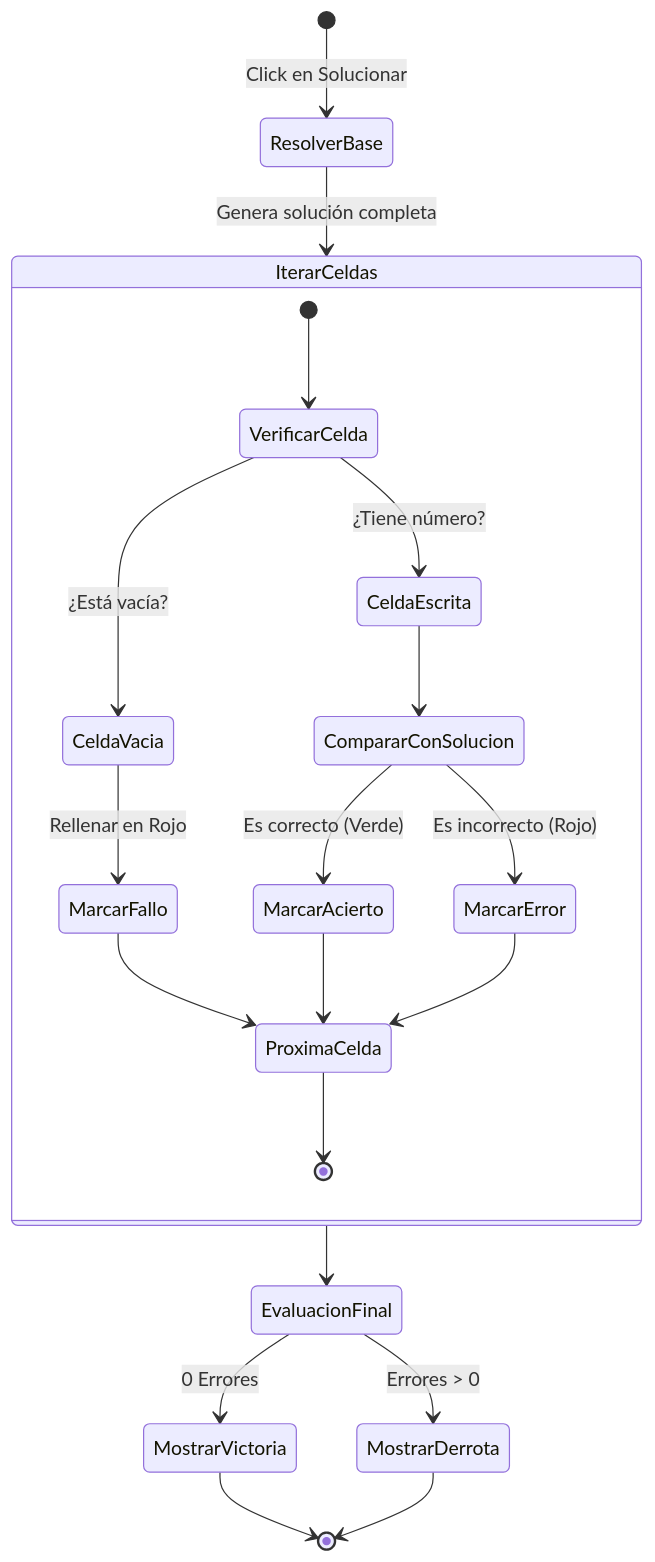
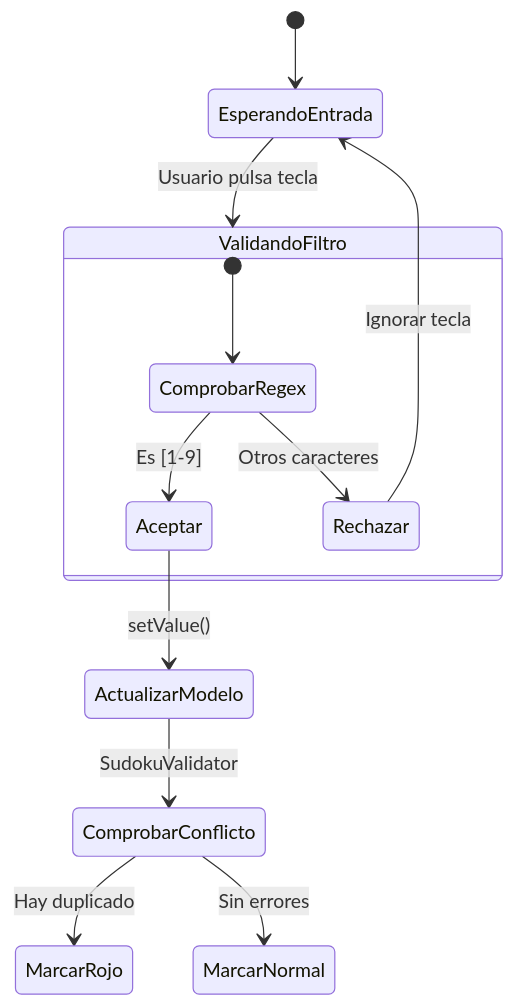
One commit to LastraMigue/Videogame-SUDOKU changed the sixth of 6 diagrams in docs/DESIGN.md. Above: the diagram before and after it, drawn with Mermaid. The commit also changed other lines of this file, not shown here.

Commit message:
docs: comprehensive architectural overhaul of DESIGN.md with 6 diagrams

````diff
--- a/docs/DESIGN.md
+++ b/docs/DESIGN.md
@@ -110,28 +148,17 @@
 ```mermaid
 stateDiagram-v2
-    [*] --> ResolverBase: Click en Solucionar
-    ResolverBase --> IterarCeldas: Genera solución completa
+    [*] --> EsperandoEntrada
+    EsperandoEntrada --> ValidandoFiltro: Usuario pulsa tecla
     
-    state IterarCeldas {
-        [*] --> VerificarCelda
-        VerificarCelda --> CeldaVacia: ¿Está vacía?
-        VerificarCelda --> CeldaEscrita: ¿Tiene número?
-        
-        CeldaVacia --> MarcarFallo: Rellenar en Rojo
-        CeldaEscrita --> CompararConSolucion
-        
-        CompararConSolucion --> MarcarAcierto: Es correcto (Verde)
-        CompararConSolucion --> MarcarError: Es incorrecto (Rojo)
-        
-        MarcarFallo --> ProximaCelda
-        MarcarAcierto --> ProximaCelda
-        MarcarError --> ProximaCelda
-        ProximaCelda --> [*]
+    state ValidandoFiltro {
+        [*] --> ComprobarRegex
+        ComprobarRegex --> Aceptar: Es [1-9]
+        ComprobarRegex --> Rechazar: Otros caracteres
     }
     
-    IterarCeldas --> EvaluacionFinal
-    EvaluacionFinal --> MostrarVictoria: 0 Errores
-    EvaluacionFinal --> MostrarDerrota: Errores > 0
-    MostrarVictoria --> [*]
-    MostrarDerrota --> [*]
+    Aceptar --> ActualizarModelo: setValue()
+    ActualizarModelo --> ComprobarConflicto: SudokuValidator
+    ComprobarConflicto --> MarcarRojo: Hay duplicado
+    ComprobarConflicto --> MarcarNormal: Sin errores
+    Rechazar --> EsperandoEntrada: Ignorar tecla
 ```
````
